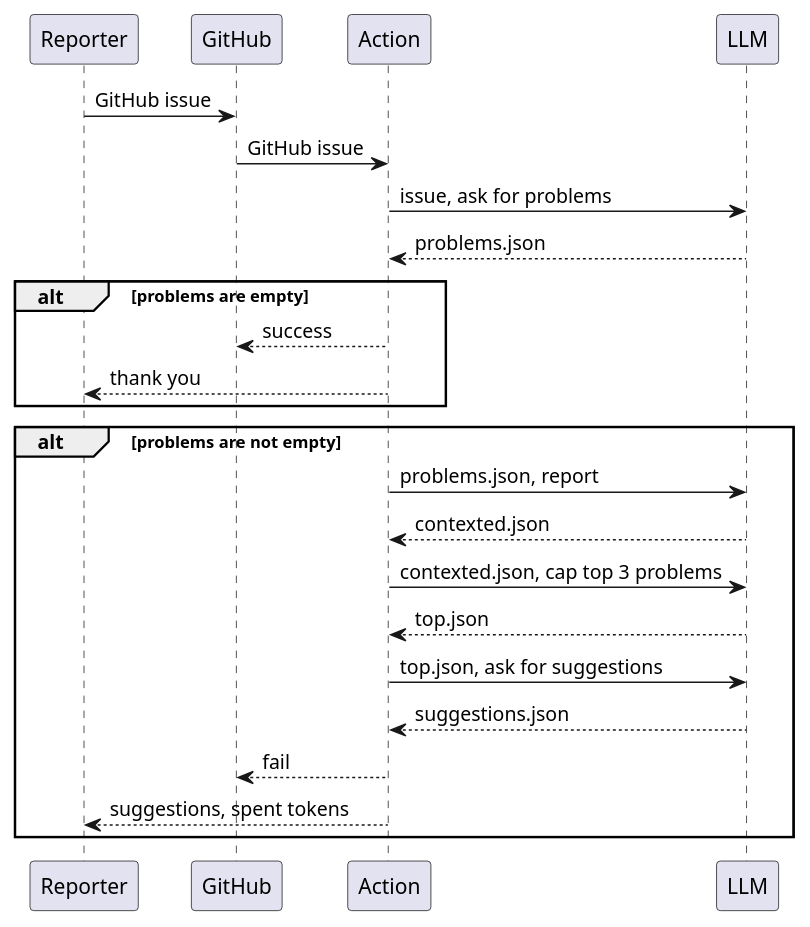
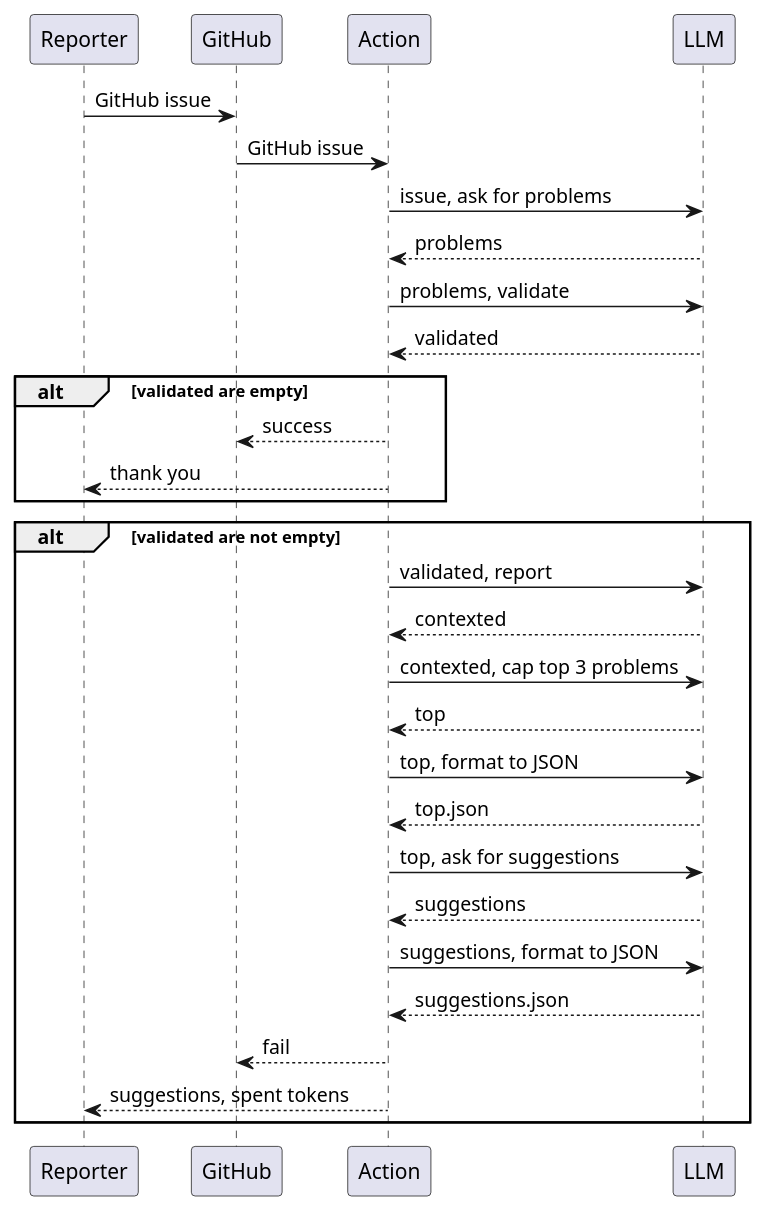
One commit to tracehubpm/reports-check-action changed the diagram in doc/evaluation.puml. Above: the diagram before and after it, drawn with PlantUML.

Commit message:
doc(#66, #70)

```diff
--- a/doc/evaluation.puml
+++ b/doc/evaluation.puml
@@ -1,27 +1,31 @@
 @startuml
 participant Reporter as reporter
 participant GitHub as github
 participant Action as action
 participant LLM as llm
 
 reporter -> github: GitHub issue
 github -> action: GitHub issue
-'action -> llm: issue, rules
-'llm --> action: matched rules
 action -> llm: issue, ask for problems
-llm --> action: problems.json
-alt problems are empty
+llm --> action: problems
+action -> llm: problems, validate
+llm --> action: validated
+alt validated are empty
   action --> github: success
   action --> reporter: thank you
 end
-alt problems are not empty
-  action -> llm: problems.json, report
-  llm --> action: contexted.json
-  action -> llm: contexted.json, cap top 3 problems
+alt validated are not empty
+  action -> llm: validated, report
+  llm --> action: contexted
+  action -> llm: contexted, cap top 3 problems
+  llm --> action: top
+  action -> llm: top, format to JSON
   llm --> action: top.json
-  action -> llm: top.json, ask for suggestions
+  action -> llm: top, ask for suggestions
+  llm --> action: suggestions
+  action -> llm: suggestions, format to JSON
   llm --> action: suggestions.json
   action --> github: fail
   action --> reporter: suggestions, spent tokens
 end
 @enduml
```
